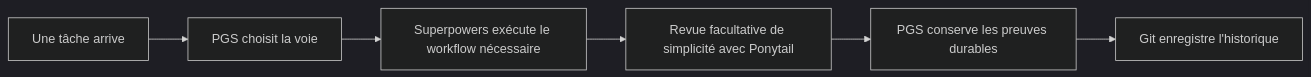
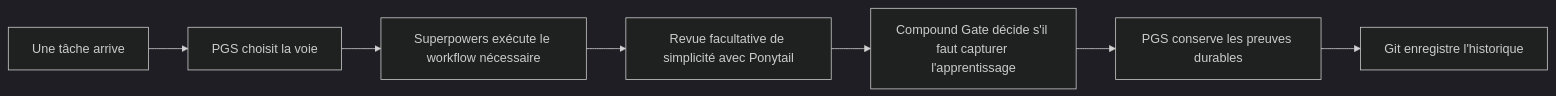
The first of 2 diagrams in README.fr.md (PieAIStudio/ProjectGovernanceSystem), drawn with Mermaid (dark theme) before and after one commit. The commit also changed other lines of this file and 11 other files, not shown here.

First line of the commit message:
Align public docs with Compound Gate

````diff
--- a/README.fr.md
+++ b/README.fr.md
@@ -63,8 +65,9 @@
 ```mermaid
 flowchart LR
   A["Une tâche arrive"] --> B["PGS choisit la voie"]
   B --> C["Superpowers exécute le workflow nécessaire"]
   C --> D["Revue facultative de simplicité avec Ponytail"]
-  D --> E["PGS conserve les preuves durables"]
-  E --> F["Git enregistre l'historique"]
+  D --> E["Compound Gate décide s'il faut capturer l'apprentissage"]
+  E --> F["PGS conserve les preuves durables"]
+  F --> G["Git enregistre l'historique"]
 ```
````
